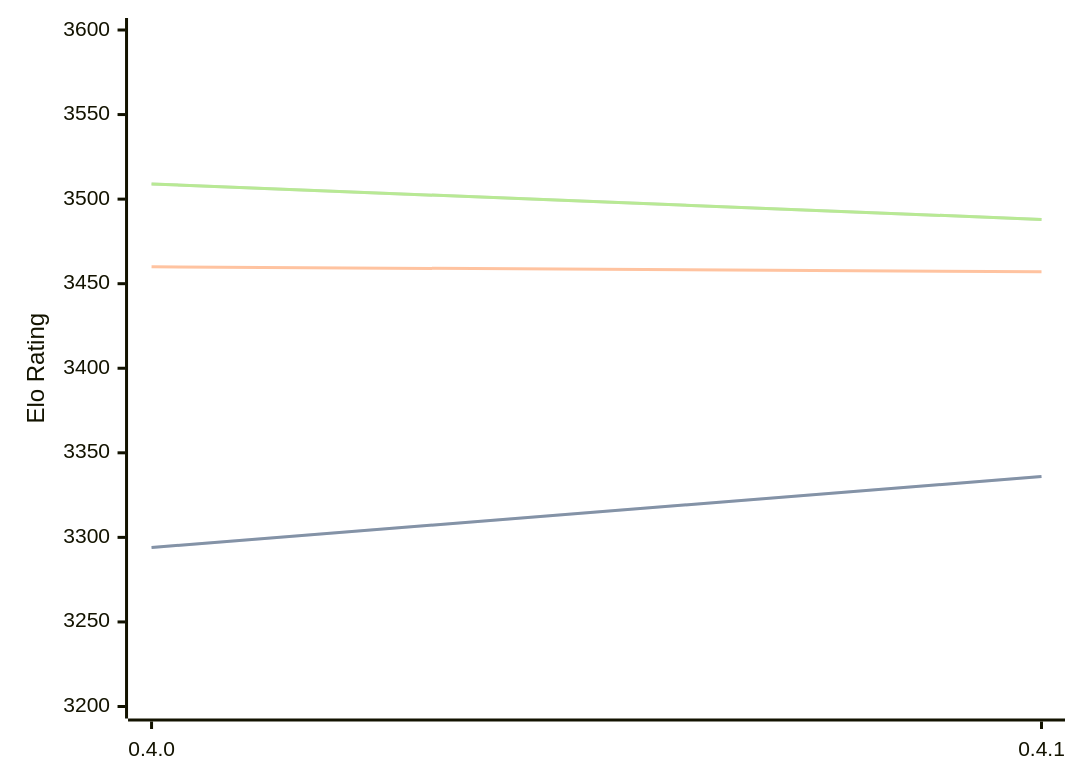
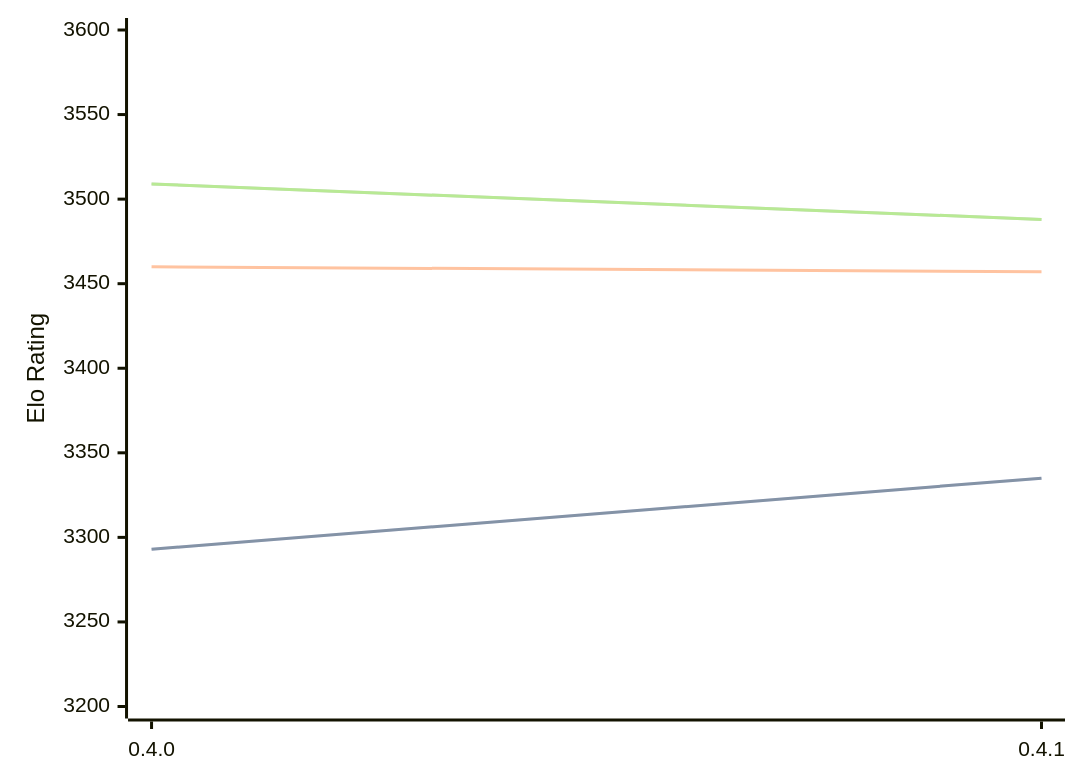
The diagram in engines/Cinder.md (computer-chess-index/cci), drawn with Mermaid before and after one commit. The commit also changed other lines of this file, not shown here.

````diff
--- a/engines/Cinder.md
+++ b/engines/Cinder.md
@@ -40,11 +40,11 @@
 ```mermaid
 %%{init: {"theme":"base","themeVariables":{"seriesColors:['#a3a3a3','#222221','#faa371']}}}%%
 xychart-beta
   x-axis ["0.4.0", "0.4.1"]
   y-axis "Elo Rating" 3200 --> 3600
-  line "STC (8.0+0.08s)" [3294, 3336]
-  line "STC (8.0+0.08s)" [3294, 3336]
+  line "STC (8.0+0.08s)" [3293, 3335]
+  line "STC (8.0+0.08s)" [3293, 3335]
   line "LTC (60.0+0.60s)" [3460, 3457]
   line "VLTC (2m24s+1.12s)" [3509, 3488]
   line "VLTC (2m24s+1.12s)" [3509, 3488]
 ```
````
